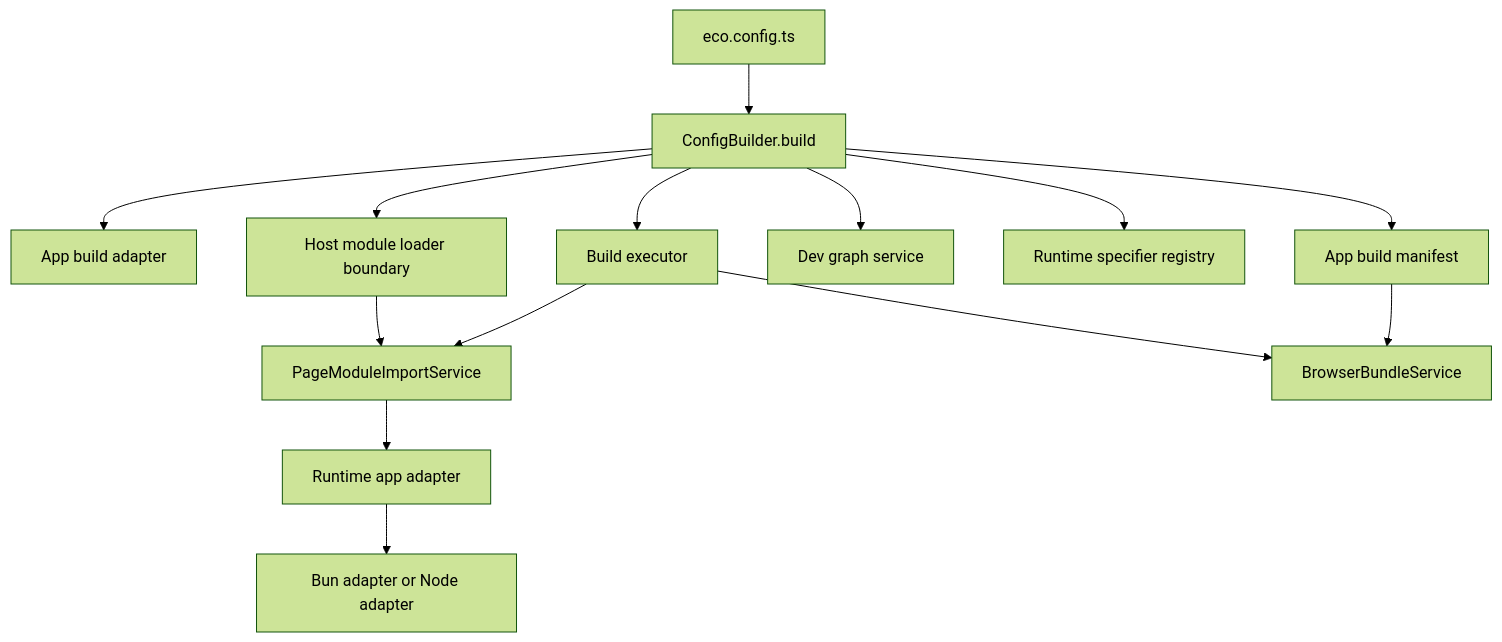
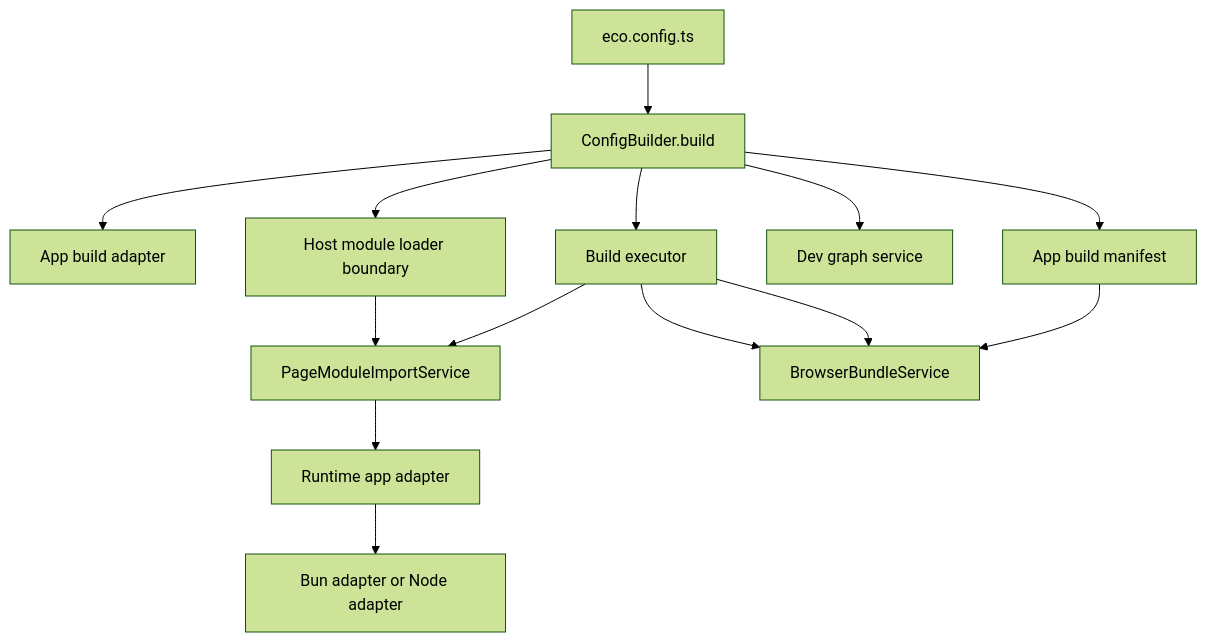
The first of 2 diagrams in packages/core/README.md (ecopages/ecopages), drawn with Mermaid (forest theme) before and after one commit. The commit also changed 27 other files, not shown here.

Commit message:
refactor(core): remove import-map runtime seams

````diff
--- a/packages/core/README.md
+++ b/packages/core/README.md
@@ -27,16 +27,16 @@
 ```mermaid
 flowchart TD
 	A[eco.config.ts] --> B[ConfigBuilder.build]
 	B --> C[App build adapter]
 	B --> D[App build manifest]
 	B --> E[Build executor]
 	B --> F[Dev graph service]
-	B --> G[Runtime specifier registry]
-	B --> H[Host module loader boundary]
-	H --> I[PageModuleImportService]
+	B --> G[Host module loader boundary]
+	G --> H[PageModuleImportService]
+	E --> H
 	E --> I
-	E --> J[BrowserBundleService]
-	I --> K[Runtime app adapter]
-	K --> L[Bun adapter or Node adapter]
-	D --> J
+	E --> I[BrowserBundleService]
+	H --> J[Runtime app adapter]
+	J --> K[Bun adapter or Node adapter]
+	D --> I
 ```
````
